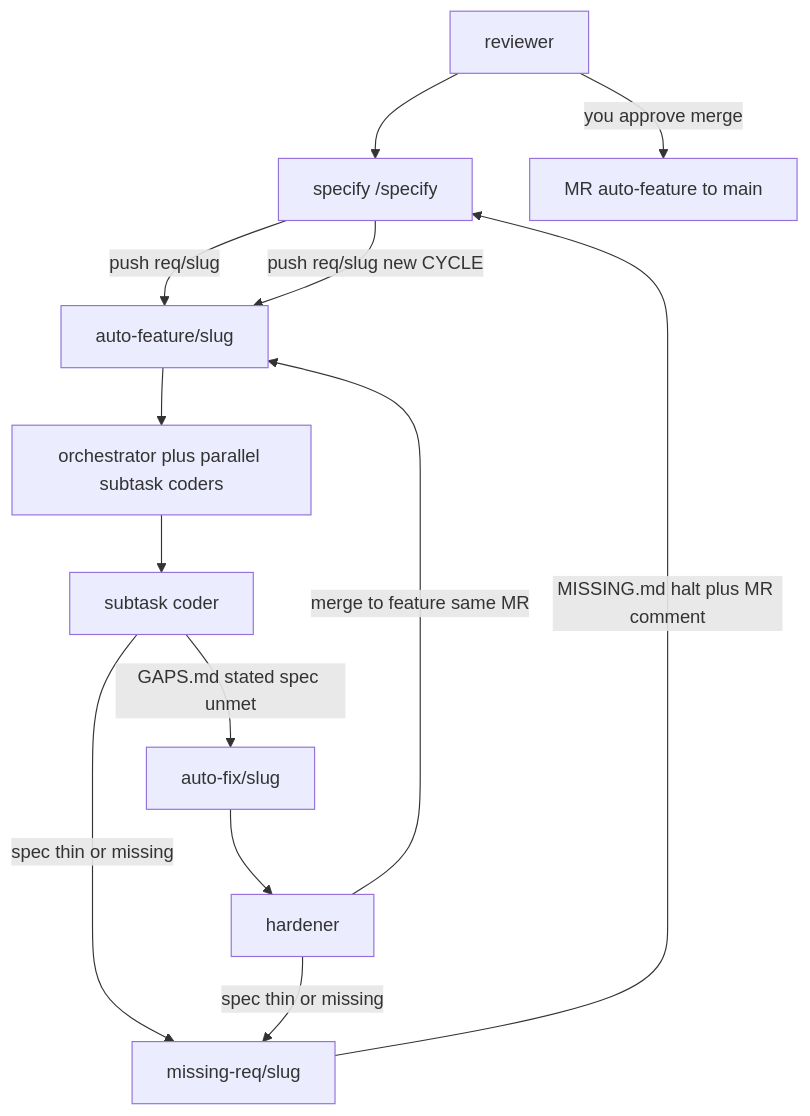
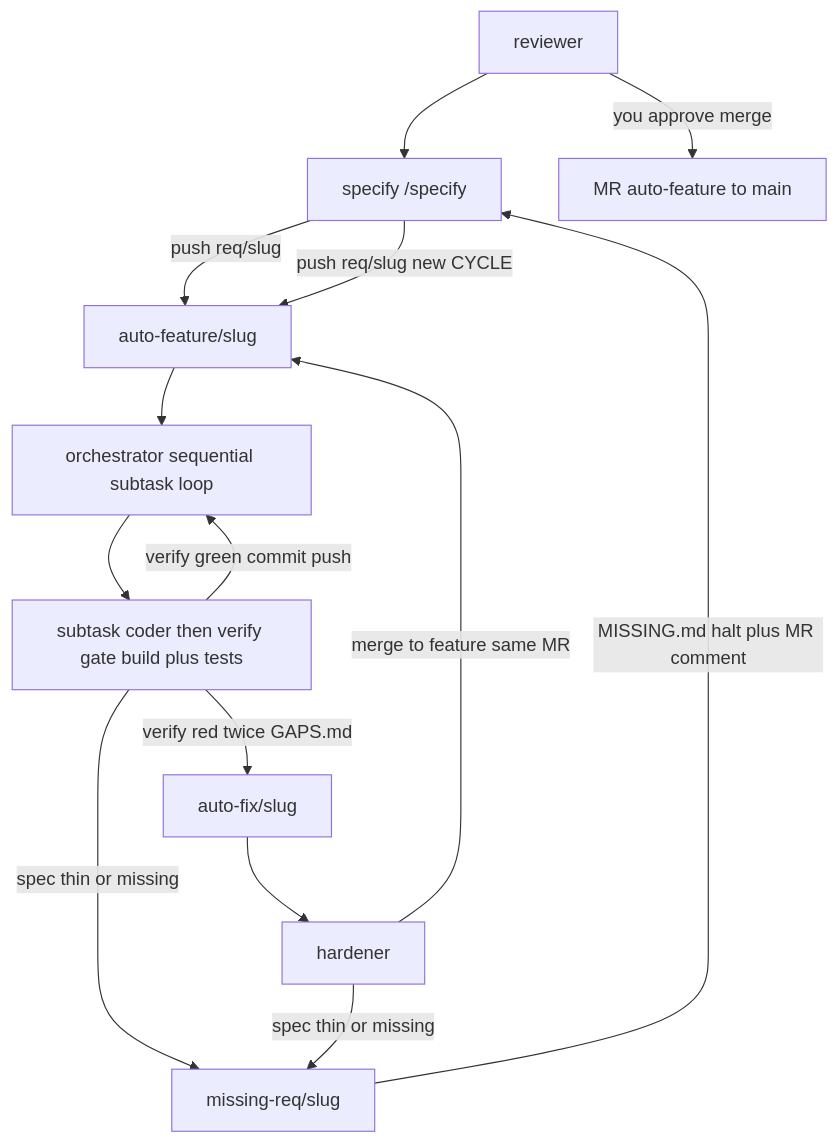
The diagram in README.md (Oliver122/lens-search), drawn with Mermaid before and after one commit. The commit also changed other lines of this file and 26 other files, not shown here.

First line of the commit message:
refactor(orchestrator): sequential subtasks with verify gate

````diff
--- a/README.md
+++ b/README.md
@@ -19,15 +19,16 @@
 ```mermaid
 flowchart TD
   R[reviewer] --> S["specify /specify"]
   S -->|push req/slug| AF[auto-feature/slug]
-  AF --> O[orchestrator plus parallel subtask coders]
-  O --> C[subtask coder]
-  C -->|GAPS.md stated spec unmet| AX[auto-fix/slug]
+  AF --> O[orchestrator sequential subtask loop]
+  O --> C[subtask coder then verify gate build plus tests]
+  C -->|verify green commit push| O
+  C -->|verify red twice GAPS.md| AX[auto-fix/slug]
   AX --> H[hardener]
   H -->|merge to feature same MR| AF
   C -->|spec thin or missing| MR[missing-req/slug]
   H -->|spec thin or missing| MR
   MR -->|MISSING.md halt plus MR comment| S
   S -->|push req/slug new CYCLE| AF
   R -->|you approve merge| F[MR auto-feature to main]
 ```
````
